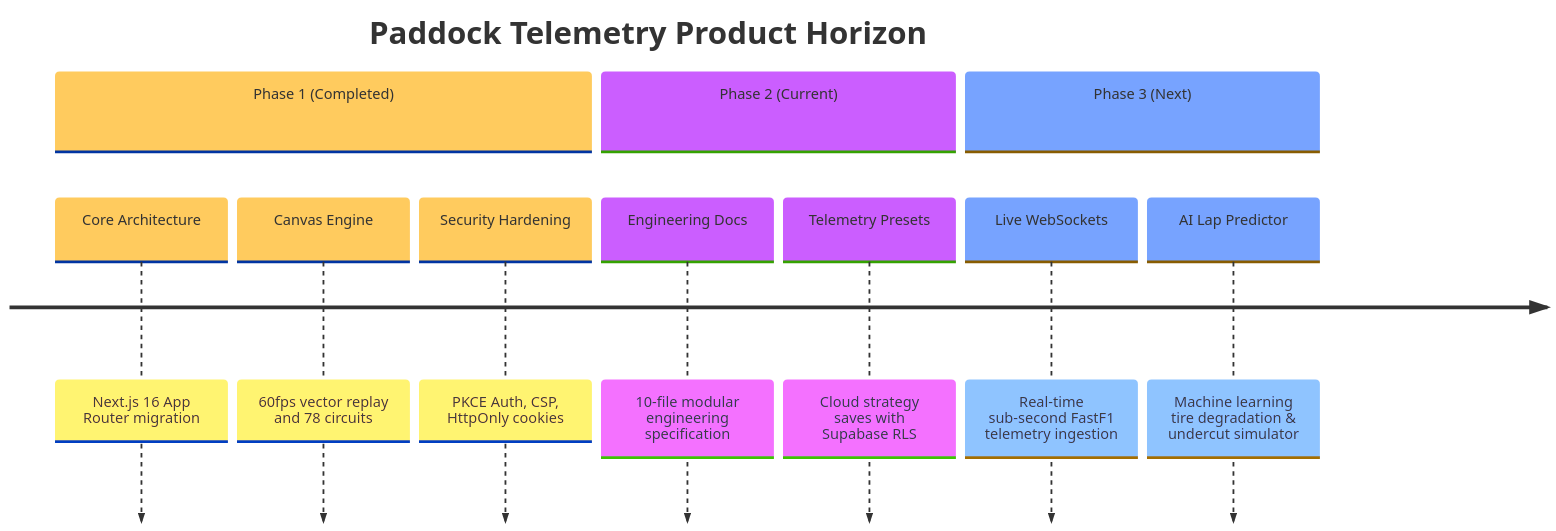
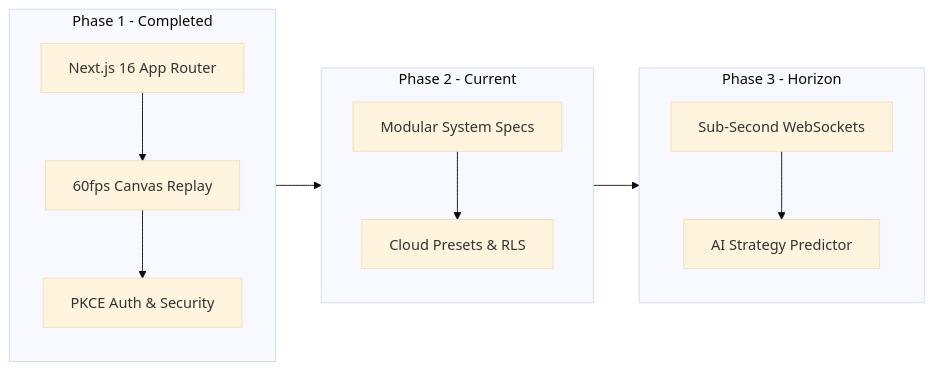
Before and after one commit to Hritik983567-Art/paddock: the second of 2 diagrams in docs/01_PRD.md, drawn with Mermaid (base theme). The commit also changed 4 other files, not shown here.

Commit message:
fix(docs): resolve Mermaid syntax parse errors for GitHub rich display

````diff
--- a/docs/01_PRD.md
+++ b/docs/01_PRD.md
@@ -92,14 +92,21 @@
 ```mermaid
-timeline
-    title Paddock Telemetry Product Horizon
-    section Phase 1 (Completed)
-        Core Architecture : Next.js 16 App Router migration
-        Canvas Engine : 60fps vector replay and 78 circuits
-        Security Hardening : PKCE Auth, CSP, HttpOnly cookies
-    section Phase 2 (Current)
-        Engineering Docs : 10-file modular engineering specification
-        Telemetry Presets : Cloud strategy saves with Supabase RLS
-    section Phase 3 (Next)
-        Live WebSockets : Real-time sub-second FastF1 telemetry ingestion
-        AI Lap Predictor : Machine learning tire degradation & undercut simulator
+flowchart LR
+    subgraph P1["Phase 1 - Completed"]
+        A1["Next.js 16 App Router"]
+        A2["60fps Canvas Replay"]
+        A3["PKCE Auth & Security"]
+        A1 --> A2 --> A3
+    end
+    subgraph P2["Phase 2 - Current"]
+        B1["Modular System Specs"]
+        B2["Cloud Presets & RLS"]
+        B1 --> B2
+    end
+    subgraph P3["Phase 3 - Horizon"]
+        C1["Sub-Second WebSockets"]
+        C2["AI Strategy Predictor"]
+        C1 --> C2
+    end
+
+    P1 --> P2 --> P3
 ```
````
